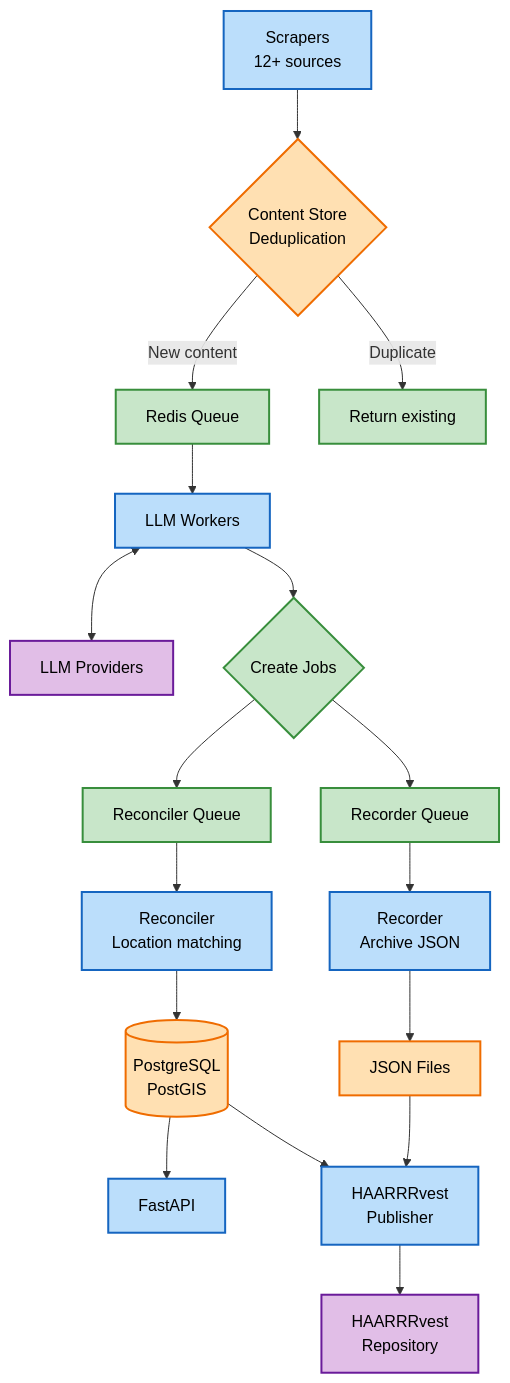
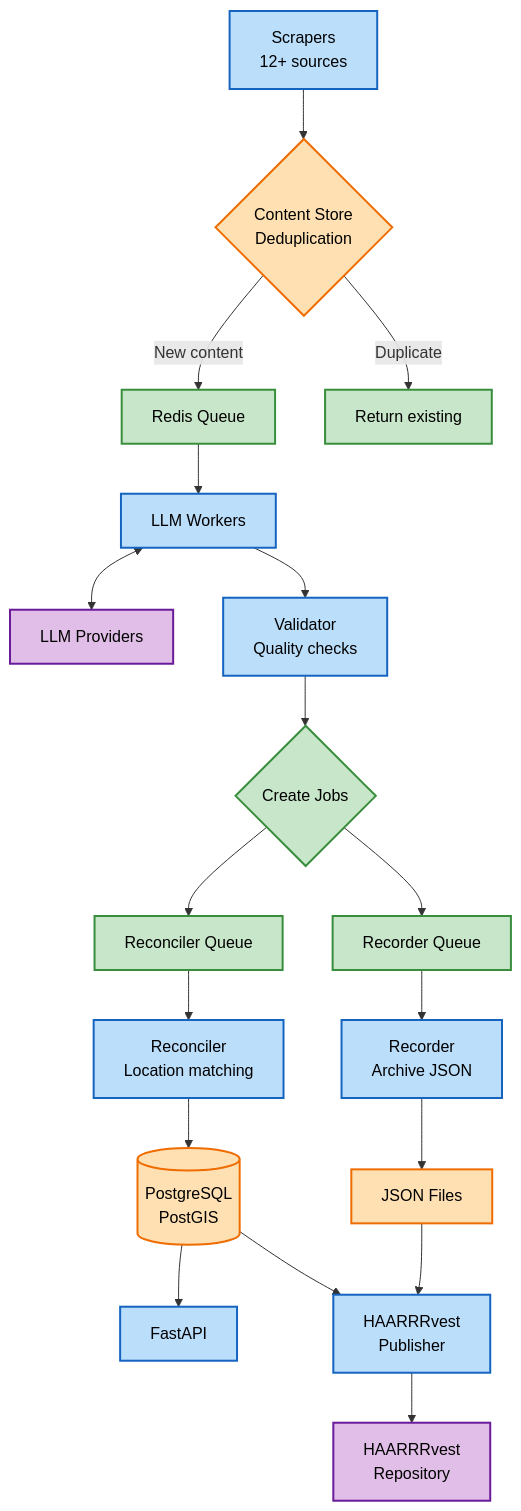
The diagram in README.md (For-The-Greater-Good/pantry-pirate-radio), drawn with Mermaid before and after one commit. The commit also changed other lines of this file and 17 other files, not shown here.

````diff
--- a/README.md
+++ b/README.md
@@ -136,44 +145,47 @@
 ```mermaid
 flowchart TB
     %% Data Collection
     Scrapers[Scrapers<br/>12+ sources]
     ContentStore{Content Store<br/>Deduplication}
 
     Scrapers --> ContentStore
     ContentStore -->|New content| Queue[Redis Queue]
     ContentStore -->|Duplicate| Skip[Return existing]
 
     %% Processing
     Queue --> Workers[LLM Workers]
     Workers <--> LLM[LLM Providers]
 
+    %% Validation
+    Workers --> Validator[Validator<br/>Quality checks]
+    Validator --> Jobs{Create Jobs}
+
     %% Job Distribution
-    Workers --> Jobs{Create Jobs}
     Jobs --> ReconcilerQ[Reconciler Queue]
     Jobs --> RecorderQ[Recorder Queue]
 
     %% Services
     ReconcilerQ --> Reconciler[Reconciler<br/>Location matching]
     RecorderQ --> Recorder[Recorder<br/>Archive JSON]
 
     %% Storage
     Reconciler --> DB[(PostgreSQL<br/>PostGIS)]
     Recorder --> Files[JSON Files]
 
     %% Output
     DB --> API[FastAPI]
     DB --> Publisher[HAARRRvest<br/>Publisher]
     Files --> Publisher
     Publisher --> GitHub[HAARRRvest<br/>Repository]
 
     %% Style
     classDef service fill:#bbdefb,stroke:#1565c0,stroke-width:2px,color:#000
     classDef storage fill:#ffe0b2,stroke:#ef6c00,stroke-width:2px,color:#000
     classDef external fill:#e1bee7,stroke:#6a1b9a,stroke-width:2px,color:#000
     classDef queue fill:#c8e6c9,stroke:#388e3c,stroke-width:2px,color:#000
 
-    class Scrapers,Workers,Reconciler,Recorder,API,Publisher service
+    class Scrapers,Workers,Validator,Reconciler,Recorder,API,Publisher service
     class ContentStore,DB,Files storage
     class LLM,GitHub external
     class Queue,ReconcilerQ,RecorderQ,Skip,Jobs queue
 ```
````
